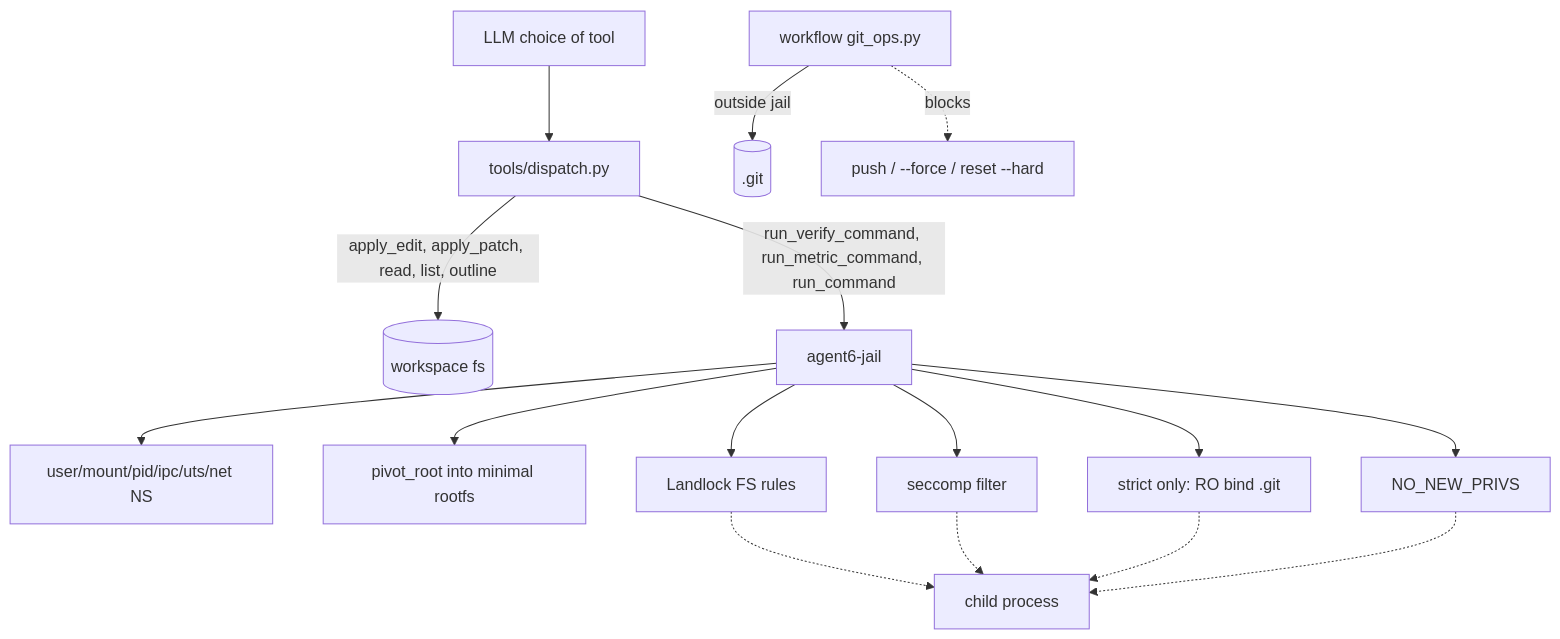
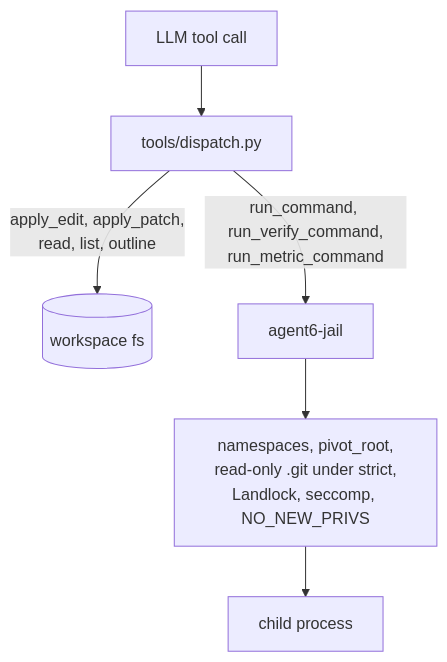
Before and after one commit to agent6-dev/agent6: the third of 4 diagrams in docs/architecture.md, drawn with Mermaid. The commit also changed other lines of this file and 15 other files, not shown here.

````diff
--- a/docs/architecture.md
+++ b/docs/architecture.md
@@ -153,18 +153,8 @@
 ```mermaid
 flowchart TD
-    LLM[LLM choice of tool] --> Tools[tools/dispatch.py]
-    Tools -->|apply_edit, apply_patch, read, list, outline| FS[(workspace fs)]
-    Tools -->|run_verify_command, run_metric_command, run_command| Jail[agent6-jail]
-    Jail --> NS[user/mount/pid/ipc/uts/net NS]
-    Jail --> Pivot[pivot_root into minimal rootfs]
-    Jail --> ROBinds[strict only: RO bind .git]
-    Jail --> Land[Landlock FS rules]
-    Jail --> Sec[seccomp filter]
-    Jail --> Caps[NO_NEW_PRIVS]
-    Land -.-> Child[child process]
-    Sec -.-> Child
-    ROBinds -.-> Child
-    Caps -.-> Child
-    Workflow[workflow git_ops.py] -->|outside jail| Git[(.git)]
-    Workflow -. blocks .-> Push[push / --force / reset --hard]
+    LLM[LLM tool call] --> Tools[tools/dispatch.py]
+    Tools -->|apply_edit, apply_patch,<br/>read, list, outline| FS[(workspace fs)]
+    Tools -->|run_command, run_verify_command,<br/>run_metric_command| Jail[agent6-jail]
+    Jail --> Layers["namespaces, pivot_root,<br/>read-only .git under strict,<br/>Landlock, seccomp, NO_NEW_PRIVS"]
+    Layers --> Child[child process]
 ```
````
